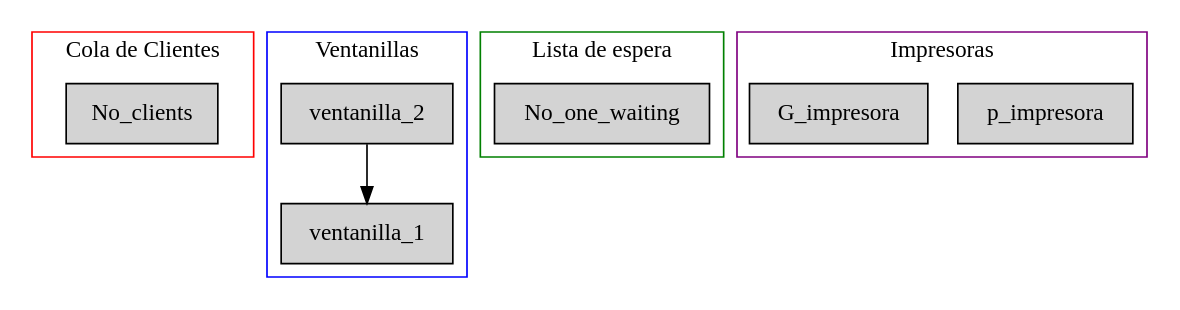
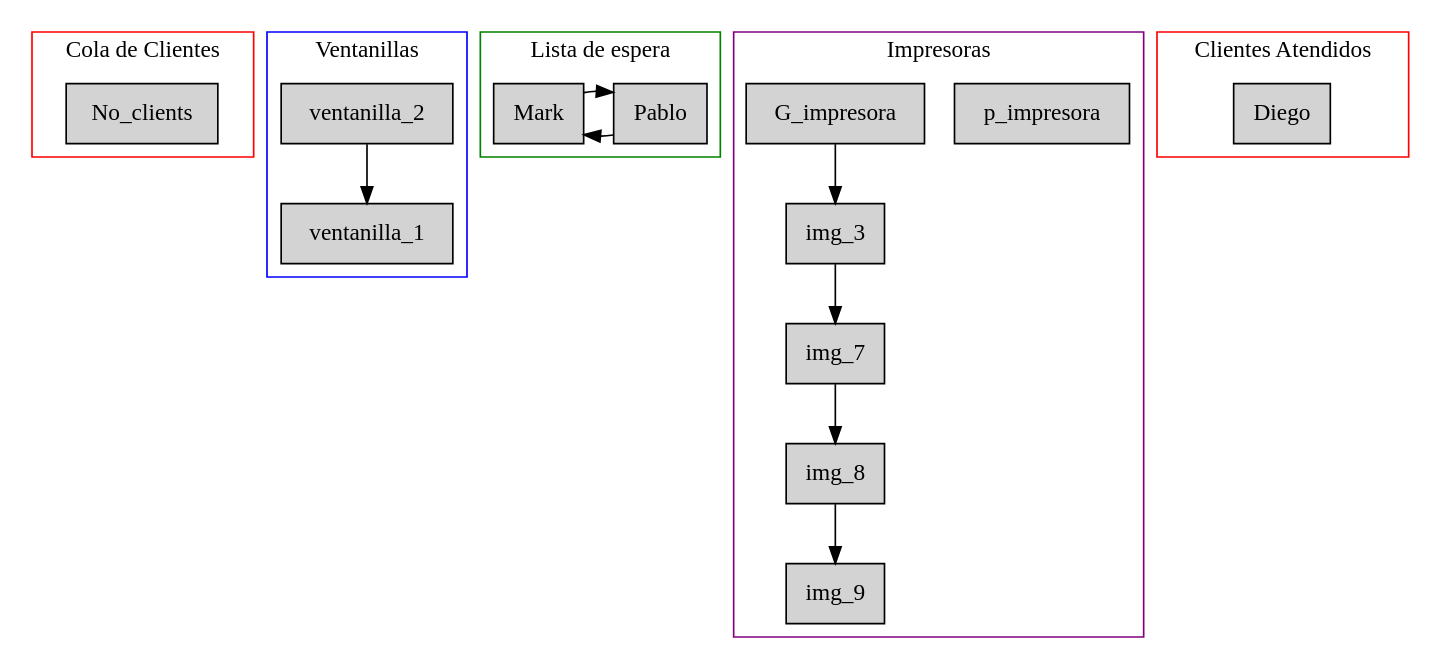
One commit to DiegoCali/EDD_PROYECTO_202201128 changed the diagram in graph.dot. Above: the diagram before and after it, drawn with Graphviz. The commit also changed 4 other files, not shown here.

```diff
--- a/graph.dot
+++ b/graph.dot
@@ -1,34 +1,47 @@
  digraph G{
  subgraph cluster_0{
  node [style=filled, shape=box];
  No_clients;
  label="Cola de Clientes";
  color=red;
  }
  subgraph cluster_1{
  node [style=filled, shape=box];
  ventanilla_2     -> ventanilla_1    ;
  label="Ventanillas";
  color=blue;
  }
  subgraph cluster_2{
  node [style=filled, shape=box];
  rank=same{
- No_one_waiting;
+ client_1    [label="Pablo"];
+ client_1     -> client_2    ;
+ client_2    [label="Mark"];
+ client_2     -> client_1    ;
  };
  label="Lista de espera";
  color=green;
  }
  subgraph cluster_3{
  node [style=filled, shape=box];
  p_impresora;
  label="Impresoras";
  color=purple;
  }
  subgraph cluster_3{
  node [style=filled, shape=box];
  G_impresora;
+ G_impresora -> img_3    ;
+ img_3     -> img_7    ;
+ img_7     -> img_8    ;
+ img_8     -> img_9    ;
  label="Impresoras";
  color=purple;
  }
+ subgraph cluster_4{
+ node [style=filled, shape=box];
+ client_0    [label ="Diego"];
+ label="Clientes Atendidos";
+ color=red;
  }
+ }
```
